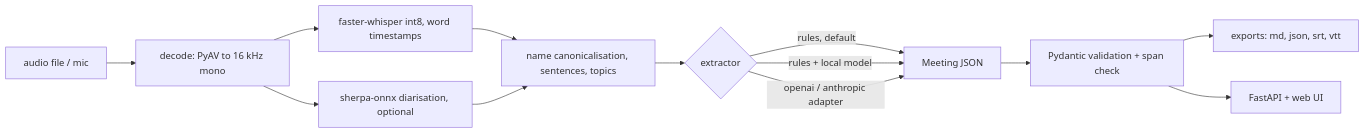
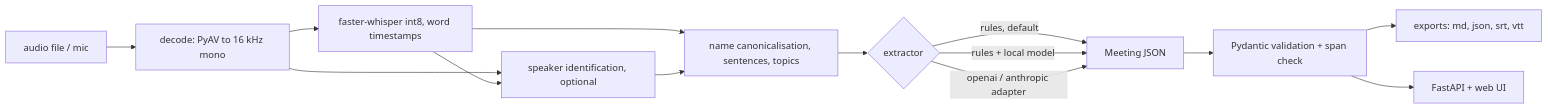
The diagram in docs/notes/SPEC.md (Aditya2616/VoiceScribe), drawn with Mermaid before and after one commit. The commit also changed other lines of this file and 35 other files, not shown here.

Commit message:
Sentence-level speaker identification tuned on dev, measured on synthesised held-out meetings; speakers to owners; demo recorded with it

````diff
--- a/docs/notes/SPEC.md
+++ b/docs/notes/SPEC.md
@@ -9,15 +9,16 @@
 ```mermaid
 flowchart LR
   A[audio file / mic] --> B[decode: PyAV to 16 kHz mono]
   B --> C[faster-whisper int8, word timestamps]
-  B --> D[sherpa-onnx diarisation, optional]
+  B --> D[speaker identification, optional]
+  C --> D
   C --> E[name canonicalisation, sentences, topics]
   D --> E
   E --> F{extractor}
   F -->|rules, default| H[Meeting JSON]
   F -->|rules + local model| H
   F -->|openai / anthropic adapter| H
   H --> I[Pydantic validation + span check]
   I --> J[exports: md, json, srt, vtt]
   I --> K[FastAPI + web UI]
 ```
````
